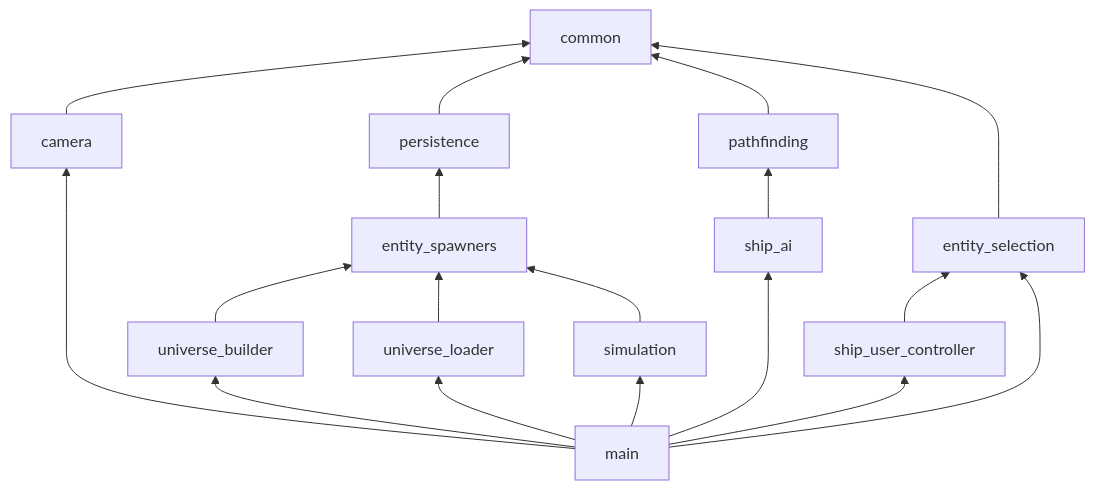
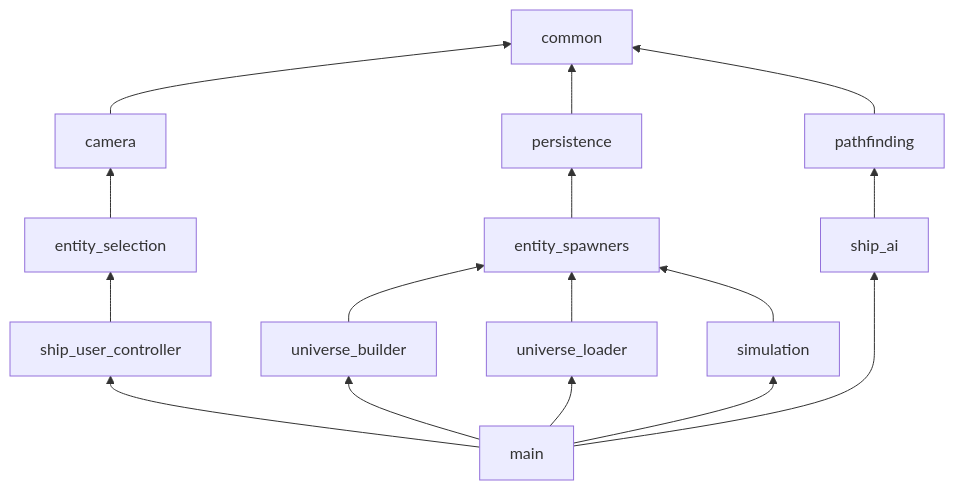
One commit to Jacudibu/rusty_space changed the diagram in README.md. Above: the diagram before and after it, drawn with Mermaid. The commit also changed 15 other files, not shown here.

````diff
--- a/README.md
+++ b/README.md
@@ -10,24 +10,22 @@
 ```mermaid
 flowchart BT
     camera --> common
     persistence --> common
     pathfinding --> common
-    entity_selection --> common
 
+    entity_selection --> camera
     entity_spawners --> persistence
     ship_user_controller --> entity_selection
 
     ship_ai --> pathfinding
     universe_builder --> entity_spawners
     universe_loader --> entity_spawners
     simulation --> entity_spawners
 
 
-    main --> entity_selection
     main --> universe_builder
     main --> universe_loader
     main --> simulation
     main --> ship_ai
     main --> ship_user_controller
-    main --> camera
 ```
````
